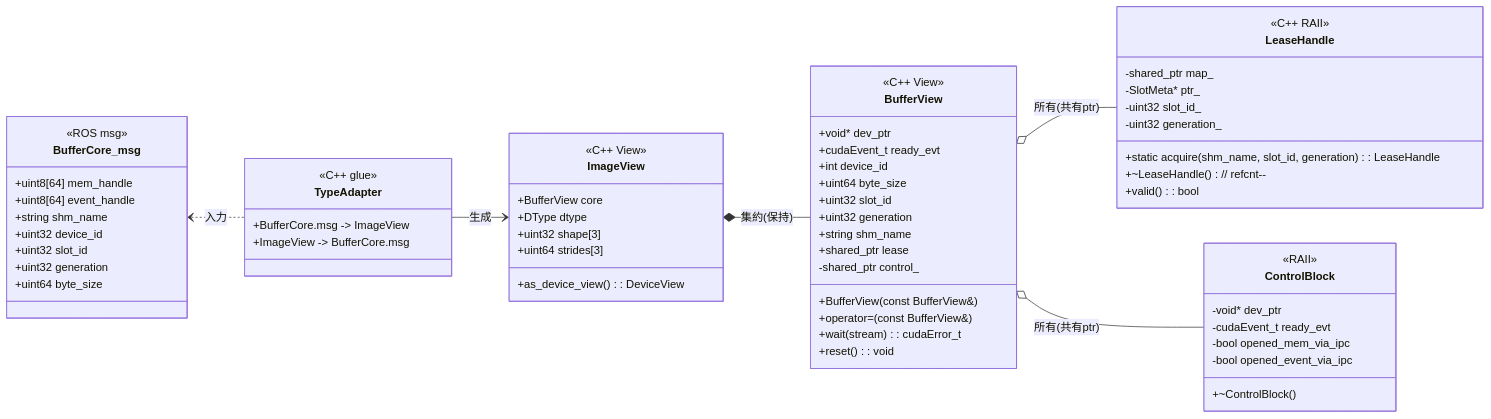
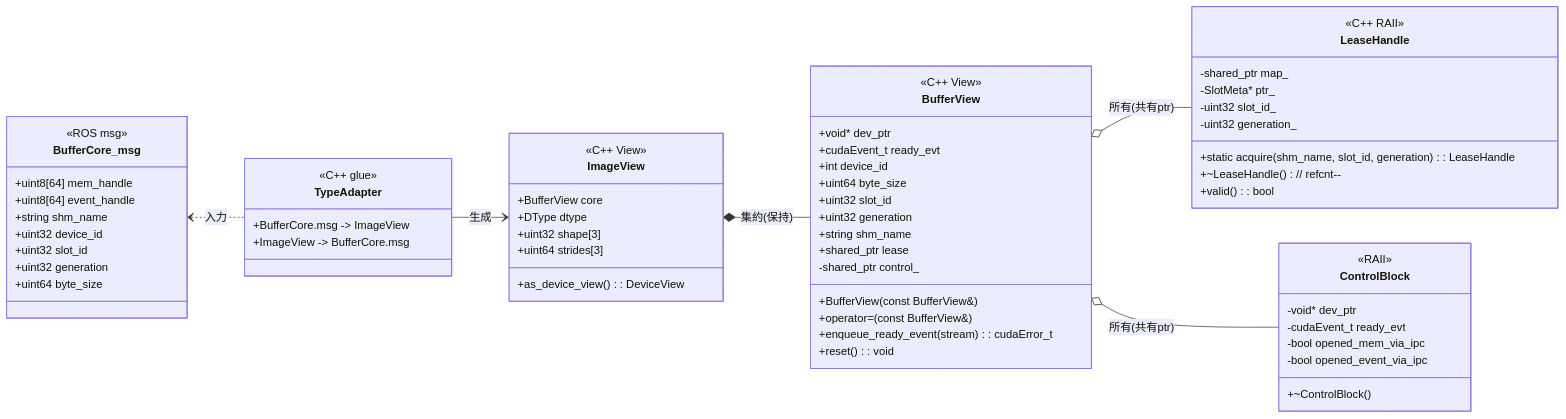
The first of 2 diagrams in doc/lease_handle.md (dskkato/ros2_cuda_ipc), drawn with Mermaid before and after one commit. The commit also changed other lines of this file and 8 other files, not shown here.

First line of the commit message:
Rename wait() to enqueue_ready_event() for better clarity in synchron… (#32)

````diff
--- a/doc/lease_handle.md
+++ b/doc/lease_handle.md
@@ -315,73 +315,73 @@
 ```mermaid
 classDiagram
   direction LR
 
   class BufferCore_msg {
     <<ROS msg>>
     +uint8[64] mem_handle
     +uint8[64] event_handle
     +string    shm_name
     +uint32    device_id
     +uint32    slot_id
     +uint32    generation
     +uint64    byte_size
   }
 
   class LeaseHandle {
     <<C++ RAII>>
     -shared_ptr<Mapping> map_
     -SlotMeta* ptr_
     -uint32 slot_id_
     -uint32 generation_
     +static acquire(shm_name, slot_id, generation) : LeaseHandle
     +~LeaseHandle()  // refcnt--
     +valid() : bool
   }
 
   class BufferView {
     <<C++ View>>
     +void*       dev_ptr
     +cudaEvent_t ready_evt
     +int         device_id
     +uint64      byte_size
     +uint32      slot_id
     +uint32      generation
     +string      shm_name
     +shared_ptr<LeaseHandle> lease
     +BufferView(const BufferView&)
     +operator=(const BufferView&)
-    +wait(stream) : cudaError_t
+    +enqueue_ready_event(stream) : cudaError_t
     +reset() : void
     -shared_ptr<ControlBlock> control_
   }
 
   class ImageView {
     <<C++ View>>
     +BufferView core
     +DType dtype
     +uint32 shape[3]
     +uint64 strides[3]
     +as_device_view() : DeviceView
   }
 
   class TypeAdapter {
     <<C++ glue>>
     +BufferCore.msg -> ImageView
     +ImageView -> BufferCore.msg
   }
 
   class ControlBlock {
     <<RAII>>
     -void* dev_ptr
     -cudaEvent_t ready_evt
     -bool opened_mem_via_ipc
     -bool opened_event_via_ipc
     +~ControlBlock()
   }
 
   BufferCore_msg <.. TypeAdapter : 入力
   TypeAdapter --> ImageView : 生成
   ImageView *-- BufferView : 集約(保持)
   BufferView o-- LeaseHandle : 所有(共有ptr)
   BufferView o-- ControlBlock : 所有(共有ptr)
 ```
````
